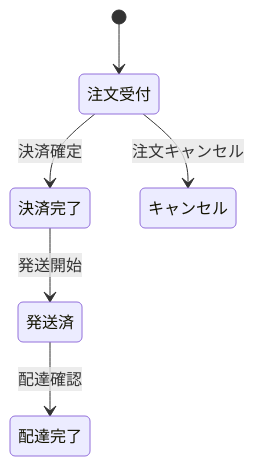
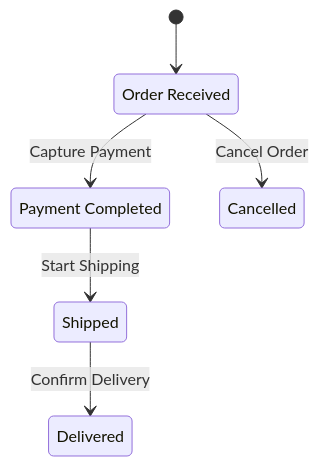
Before and after one commit to manji-0/rdra-ish-dsl: the second of 4 diagrams in README.md, drawn with Mermaid. The commit also changed other lines of this file and 15 other files, not shown here.

````diff
--- a/README.md
+++ b/README.md
@@ -347,13 +406,13 @@
 ```mermaid
 stateDiagram-v2
   [*] --> Pending
-  state "注文受付" as Pending
-  state "決済完了" as Paid
-  state "発送済" as Shipped
-  state "配達完了" as Delivered
-  state "キャンセル" as Cancelled
-  Pending --> Paid      : 決済確定
-  Pending --> Cancelled : 注文キャンセル
-  Paid    --> Shipped   : 発送開始
-  Shipped --> Delivered : 配達確認
+  state "Order Received" as Pending
+  state "Payment Completed" as Paid
+  state "Shipped" as Shipped
+  state "Delivered" as Delivered
+  state "Cancelled" as Cancelled
+  Pending --> Paid      : Capture Payment
+  Pending --> Cancelled : Cancel Order
+  Paid    --> Shipped   : Start Shipping
+  Shipped --> Delivered : Confirm Delivery
 ```
````
